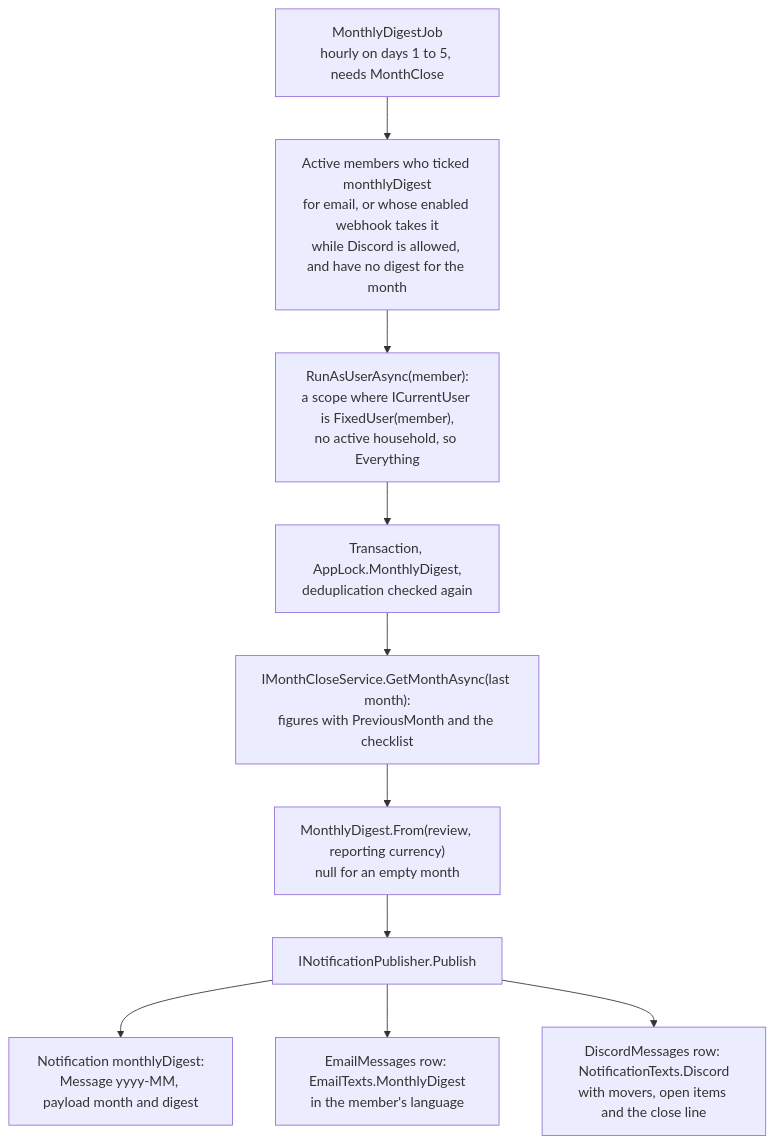
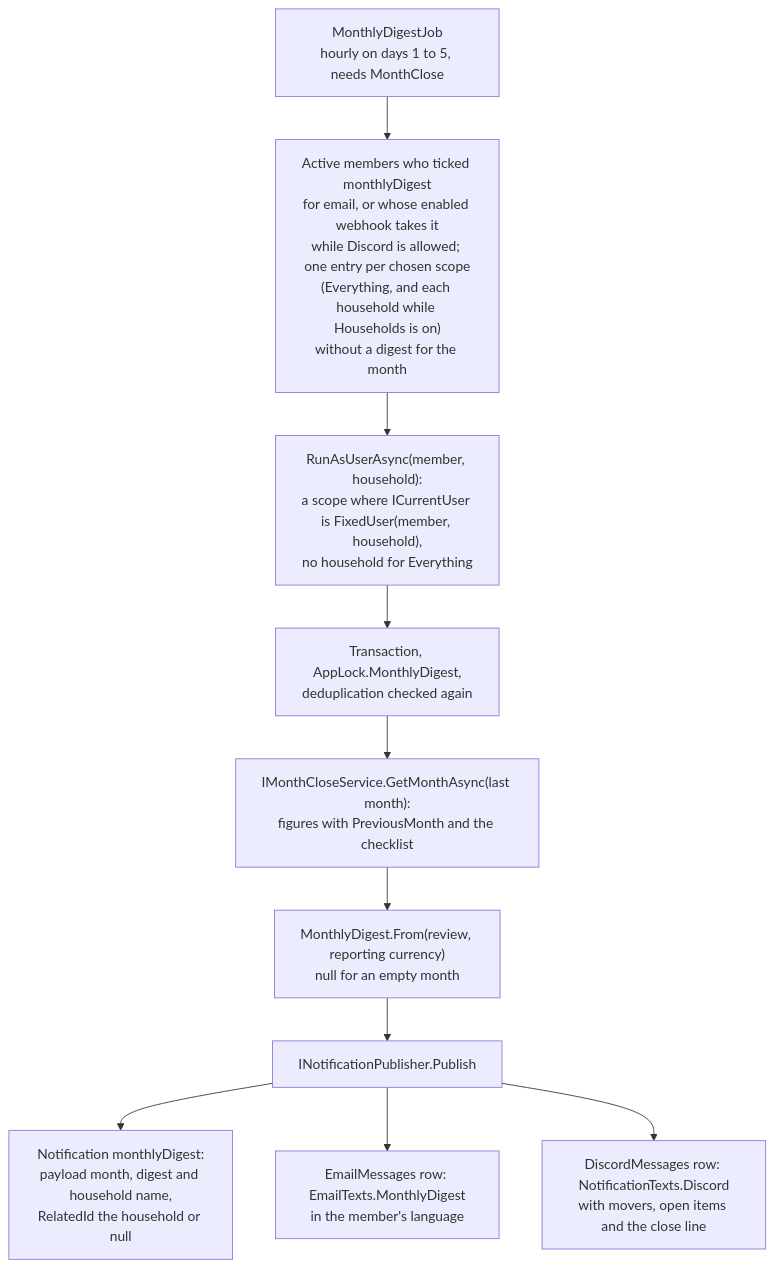
The diagram in docs/features/monthly-digest.md (Justxs/Jx-Finance), drawn with Mermaid before and after one commit. The commit also changed other lines of this file and 44 other files, not shown here.

Commit message:
feat(notifications): send a monthly digest per household

````diff
--- a/docs/features/monthly-digest.md
+++ b/docs/features/monthly-digest.md
@@ -9,12 +9,12 @@
 ```mermaid
 flowchart TD
-    Job["MonthlyDigestJob<br/>hourly on days 1 to 5, needs MonthClose"] --> Pick["Active members who ticked monthlyDigest<br/>for email, or whose enabled webhook takes it<br/>while Discord is allowed, and have no digest for the month"]
-    Pick --> Scope["RunAsUserAsync(member):<br/>a scope where ICurrentUser is FixedUser(member),<br/>no active household, so Everything"]
+    Job["MonthlyDigestJob<br/>hourly on days 1 to 5, needs MonthClose"] --> Pick["Active members who ticked monthlyDigest<br/>for email, or whose enabled webhook takes it<br/>while Discord is allowed; one entry per chosen scope<br/>(Everything, and each household while Households is on)<br/>without a digest for the month"]
+    Pick --> Scope["RunAsUserAsync(member, household):<br/>a scope where ICurrentUser is FixedUser(member, household),<br/>no household for Everything"]
     Scope --> Lock["Transaction, AppLock.MonthlyDigest,<br/>deduplication checked again"]
     Lock --> Review["IMonthCloseService.GetMonthAsync(last month):<br/>figures with PreviousMonth and the checklist"]
     Review --> Build["MonthlyDigest.From(review, reporting currency)<br/>null for an empty month"]
     Build --> Pub["INotificationPublisher.Publish"]
-    Pub --> Row["Notification monthlyDigest:<br/>Message yyyy-MM, payload month and digest"]
+    Pub --> Row["Notification monthlyDigest:<br/>payload month, digest and household name,<br/>RelatedId the household or null"]
     Pub --> Mail["EmailMessages row: EmailTexts.MonthlyDigest<br/>in the member's language"]
     Pub --> Discord["DiscordMessages row: NotificationTexts.Discord<br/>with movers, open items and the close line"]
 ```
````
